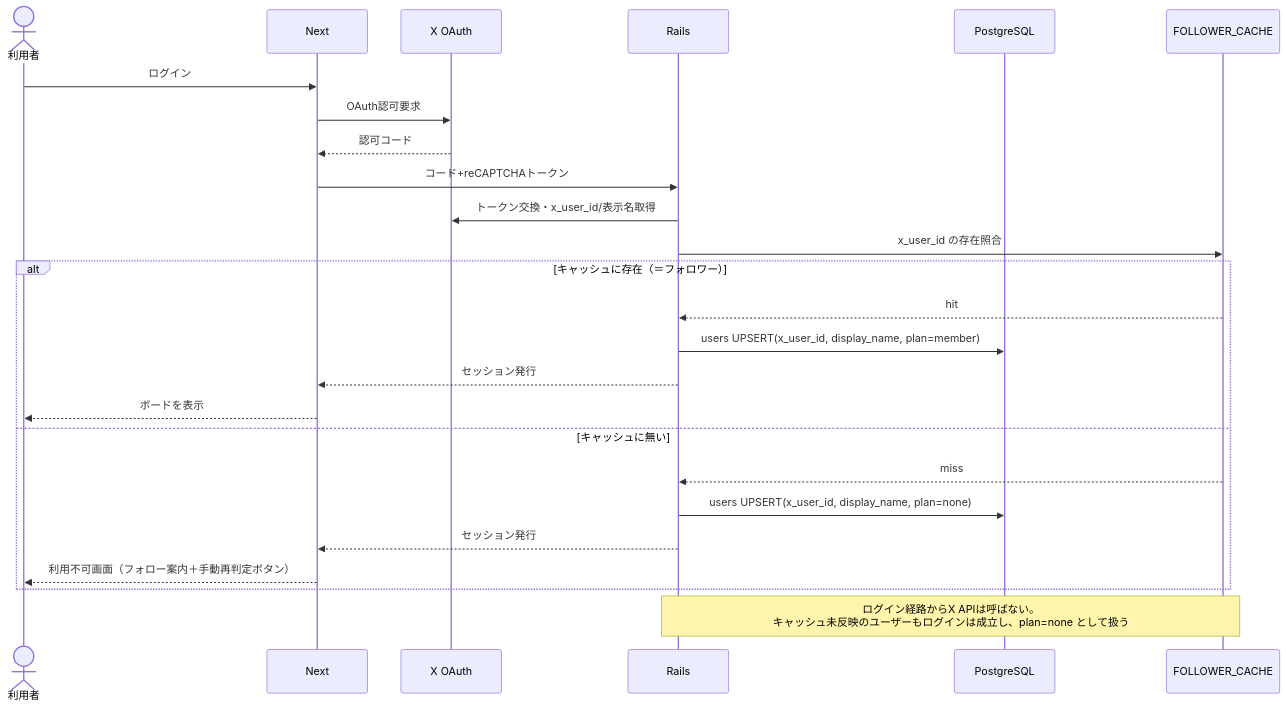
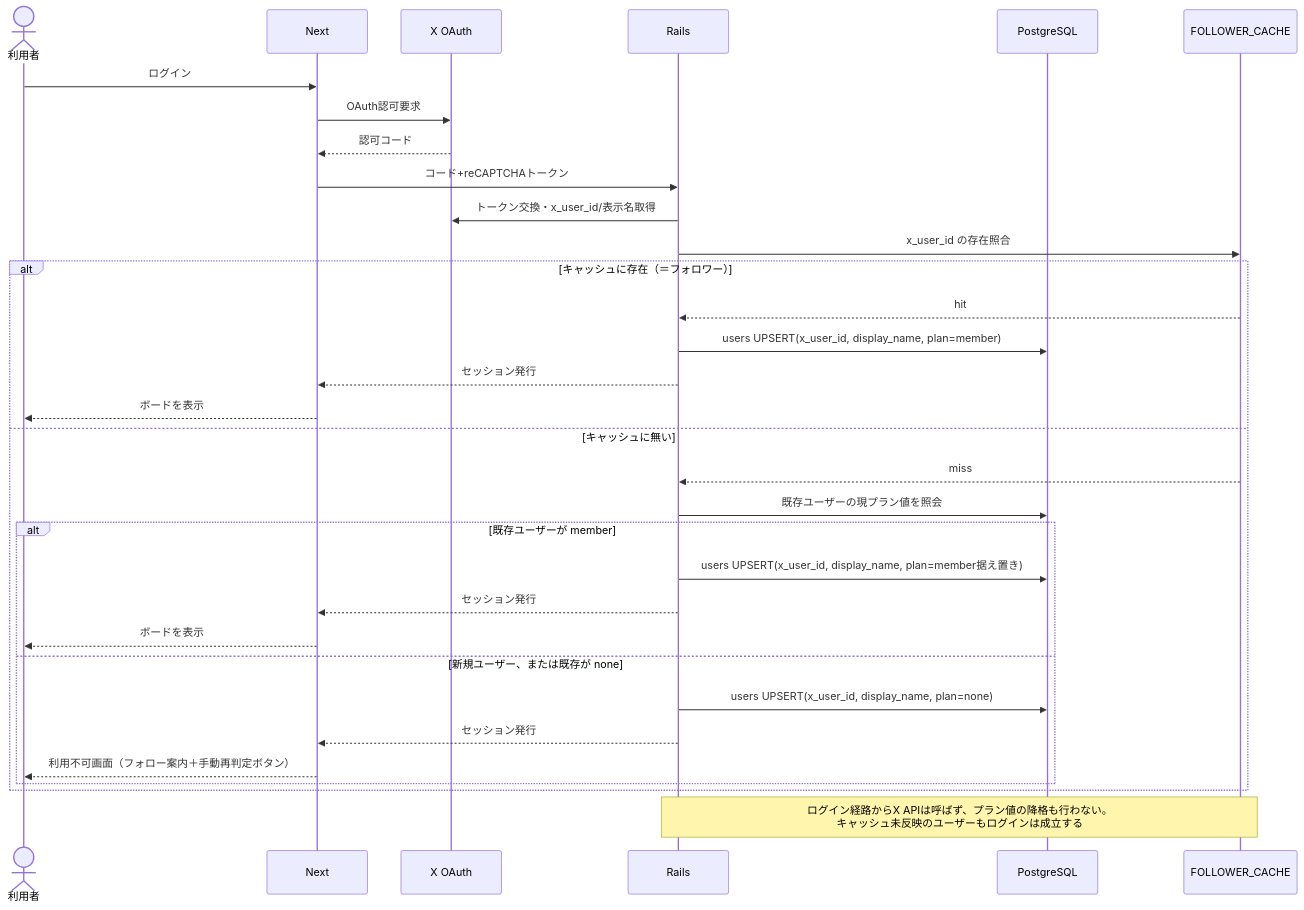
The fifth of 12 diagrams in questboard_design_document.md (rictaworks/questboard), drawn with Mermaid before and after one commit. The commit also changed other lines of this file, not shown here.

Commit message:
fix: レビュー指摘の要修正2件（クラス図の取り残しとログイン時の降格記述）
直前のコミット 306e579 の漏れと誤りを是正した。

1. クラス図の FollowerCache に following / checkedAt / expiresAt が
   残っていた。ER図と注記のみ修正してクラス図を取り残しており、
   Codex指摘③（有効期限・真偽値を持たない独立テーブル）が未完了
   だった。実装（schema.rb の x_user_id / fetched_at の2列）に合わせる。

2. ログイン時にプラン値を降格させない仕様が設計書に無かった。
   実装（user.rb#upsert_from_x_identity!）は既存 member が
   キャッシュmissでも member を据え置き、spec で
   "keeps an existing member plan when the cache misses" として
   固定されている。設計書は無条件で plan=none としていたため、
   F9本文に降格禁止の節を追加し、4.3 シーケンスにも既存 member の
   分岐を追加した。降格は定期バッチのアンフォロー検出と手動再判定の
   2経路のみとする点は 6.4 の記述と一致する。

12個のmermaid図は mermaid-cli v11.16.0 で描画を再確認済み。

````diff
--- a/questboard_design_document.md
+++ b/questboard_design_document.md
@@ -380,28 +382,35 @@
 ```mermaid
 sequenceDiagram
     actor U as 利用者
     participant FE as Next
     participant X as X OAuth
     participant API as Rails
     participant DB as PostgreSQL
     participant CACHE as FOLLOWER_CACHE
 
     U->>FE: ログイン
     FE->>X: OAuth認可要求
     X-->>FE: 認可コード
     FE->>API: コード+reCAPTCHAトークン
     API->>X: トークン交換・x_user_id/表示名取得
     API->>CACHE: x_user_id の存在照合
     alt キャッシュに存在（＝フォロワー）
         CACHE-->>API: hit
         API->>DB: users UPSERT(x_user_id, display_name, plan=member)
         API-->>FE: セッション発行
         FE-->>U: ボードを表示
     else キャッシュに無い
         CACHE-->>API: miss
-        API->>DB: users UPSERT(x_user_id, display_name, plan=none)
-        API-->>FE: セッション発行
-        FE-->>U: 利用不可画面（フォロー案内＋手動再判定ボタン）
+        API->>DB: 既存ユーザーの現プラン値を照会
+        alt 既存ユーザーが member
+            API->>DB: users UPSERT(x_user_id, display_name, plan=member据え置き)
+            API-->>FE: セッション発行
+            FE-->>U: ボードを表示
+        else 新規ユーザー、または既存が none
+            API->>DB: users UPSERT(x_user_id, display_name, plan=none)
+            API-->>FE: セッション発行
+            FE-->>U: 利用不可画面（フォロー案内＋手動再判定ボタン）
+        end
     end
-    Note over API,CACHE: ログイン経路からX APIは呼ばない。<br/>キャッシュ未反映のユーザーもログインは成立し、plan=none として扱う
+    Note over API,CACHE: ログイン経路からX APIは呼ばず、プラン値の降格も行わない。<br/>キャッシュ未反映のユーザーもログインは成立する
 ```
````
